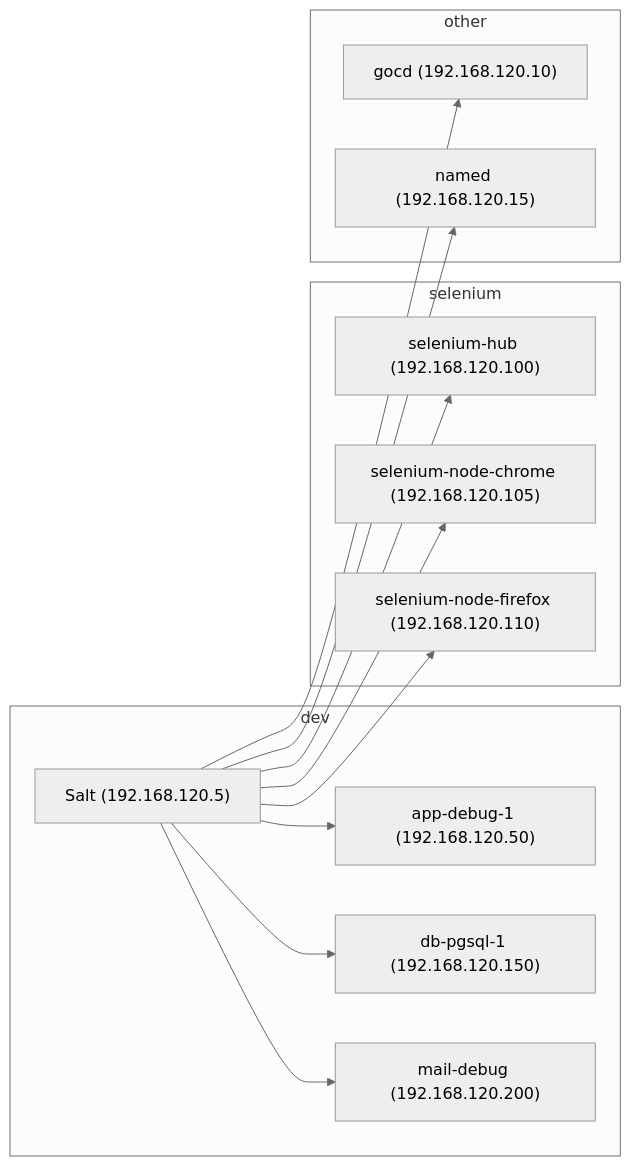
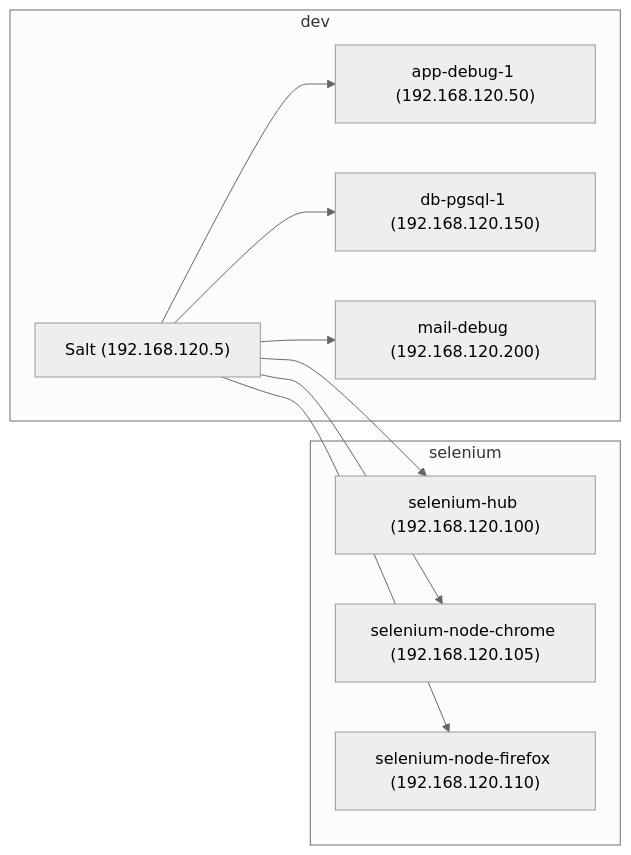
The diagram in _docs/getting-started/development.md (LukeCarrier/moodle-ubiquitous), drawn with Mermaid (neutral theme) before and after one commit. The commit also changed other lines of this file, not shown here.

Commit message:
docs: remove non-Moodle boxes from Vagrant configuration

````diff
--- a/_docs/getting-started/development.md
+++ b/_docs/getting-started/development.md
@@ -7,21 +7,17 @@
 ```mermaid
 graph LR
     subgraph dev
         salt["Salt (192.168.120.5)"]
         salt-->app-debug-1["app-debug-1 (192.168.120.50)"]
         salt-->db-pgsql-1["db-pgsql-1 (192.168.120.150)"]
         salt-->mail-debug["mail-debug (192.168.120.200)"]
     end
     subgraph selenium
         selenium-hub["selenium-hub (192.168.120.100)"]
         selenium-node-chrome["selenium-node-chrome (192.168.120.105)"]
         selenium-node-firefox["selenium-node-firefox (192.168.120.110)"]
         salt-->selenium-hub
         salt-->selenium-node-chrome
         salt-->selenium-node-firefox
     end
-    subgraph other
-        salt-->gocd["gocd (192.168.120.10)"]
-        salt-->named["named (192.168.120.15)"]
-    end
 ```
````
